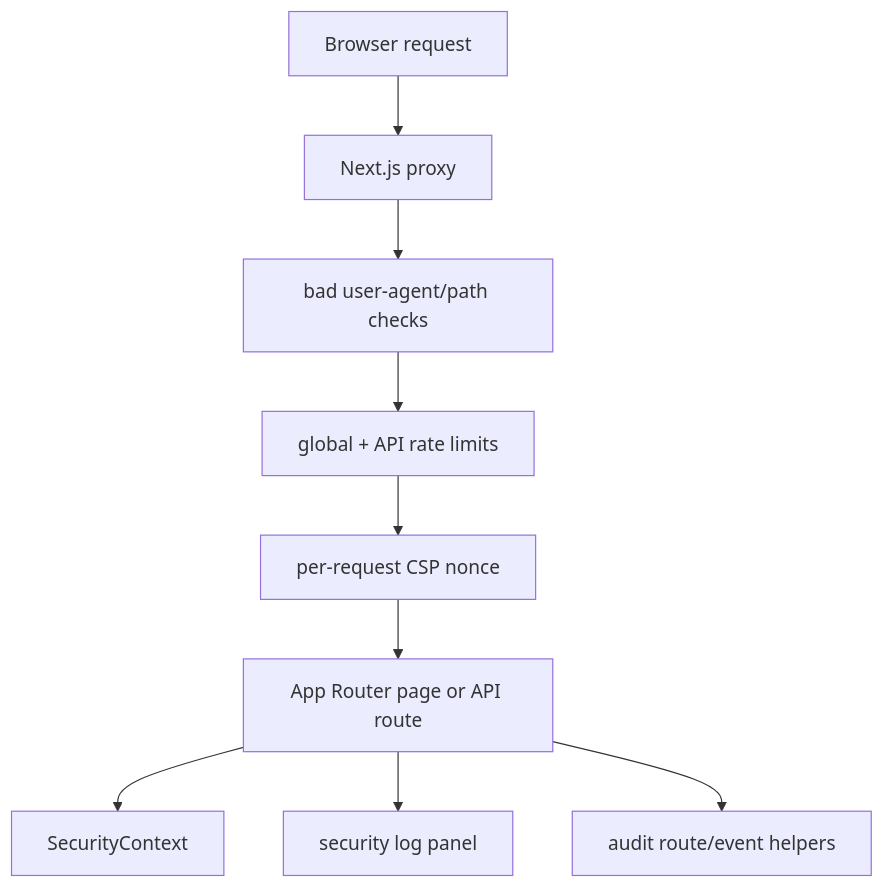
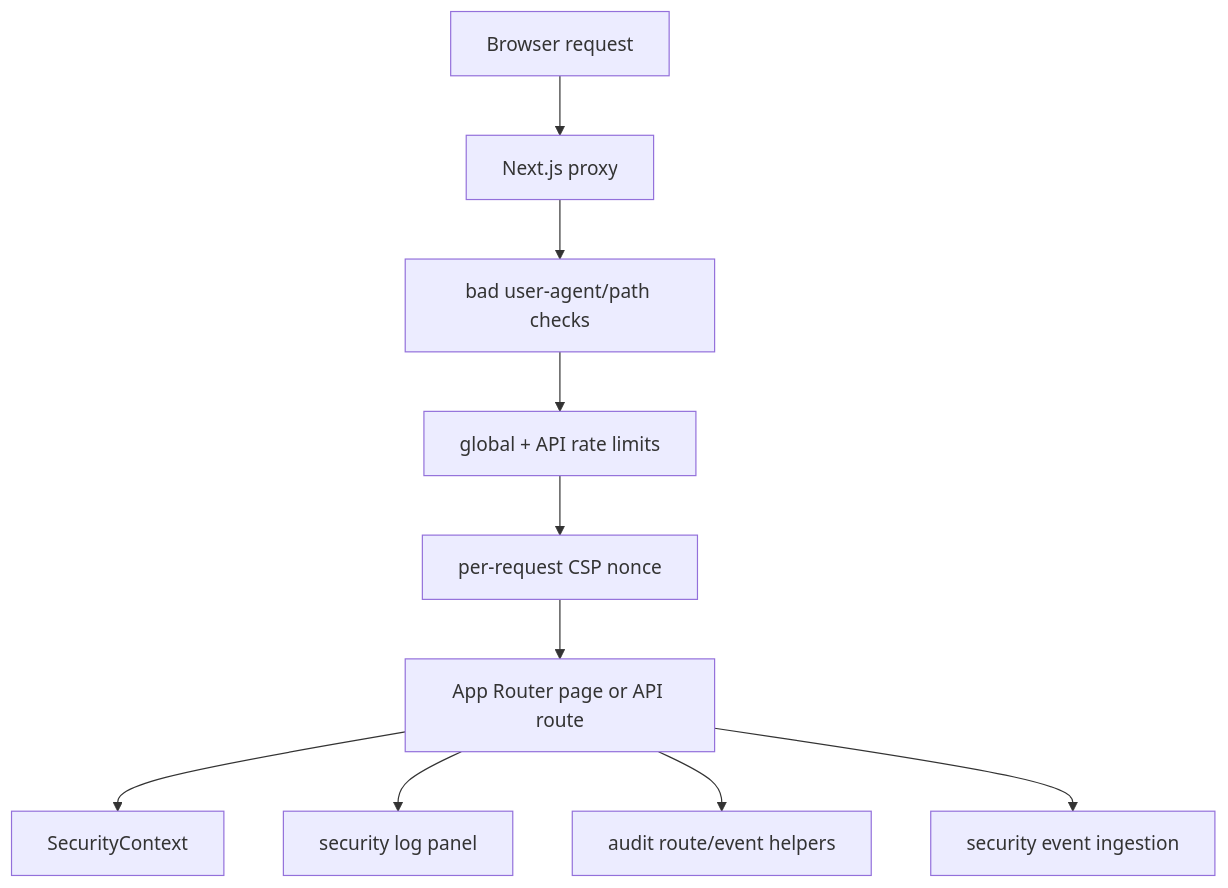
One commit to codejupiter/frontguard changed the diagram in docs/ARCHITECTURE.md. Above: the diagram before and after it, drawn with Mermaid. The commit also changed other lines of this file and 9 other files, not shown here.

Commit message:
feat: add security event triage prototype

````diff
--- a/docs/ARCHITECTURE.md
+++ b/docs/ARCHITECTURE.md
@@ -21,11 +22,12 @@
 ```mermaid
 flowchart TD
   Browser["Browser request"] --> Proxy["Next.js proxy"]
   Proxy --> UA["bad user-agent/path checks"]
   UA --> Rate["global + API rate limits"]
   Rate --> CSP["per-request CSP nonce"]
   CSP --> App["App Router page or API route"]
   App --> Context["SecurityContext"]
   App --> Logs["security log panel"]
   App --> Audit["audit route/event helpers"]
+  App --> AgentEvents["security event ingestion"]
 ```
````
